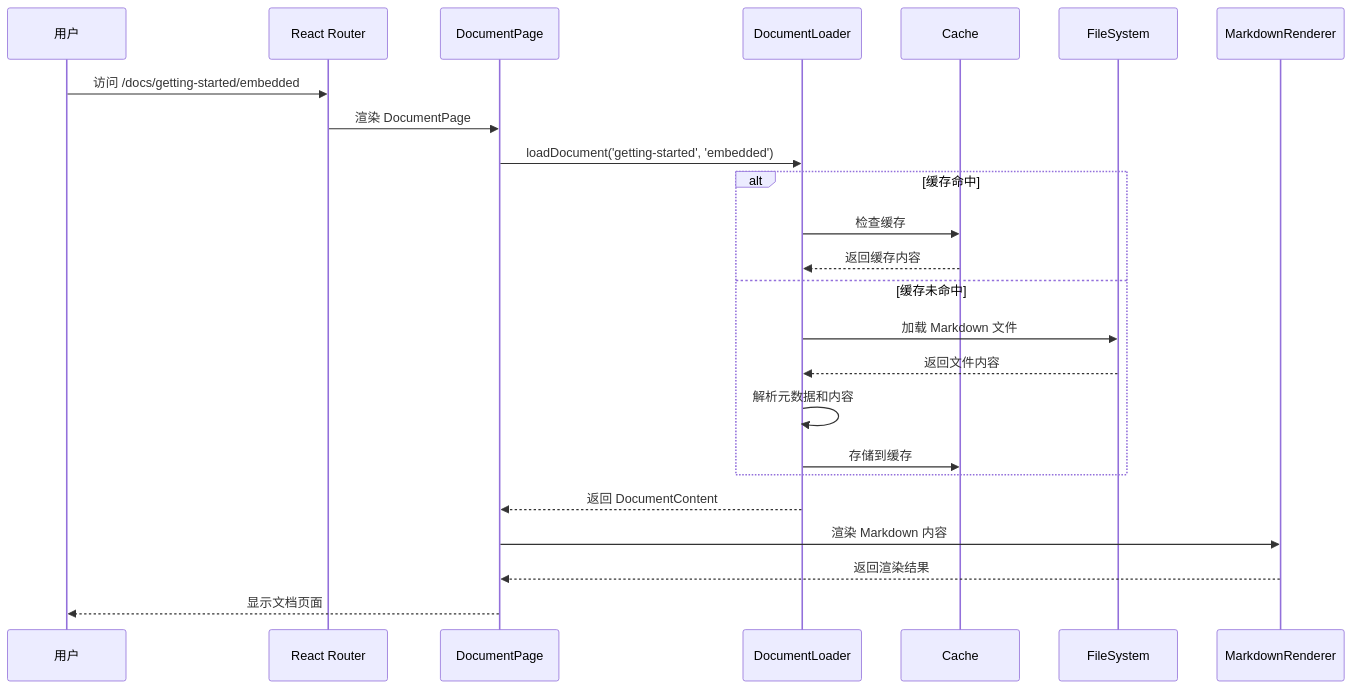
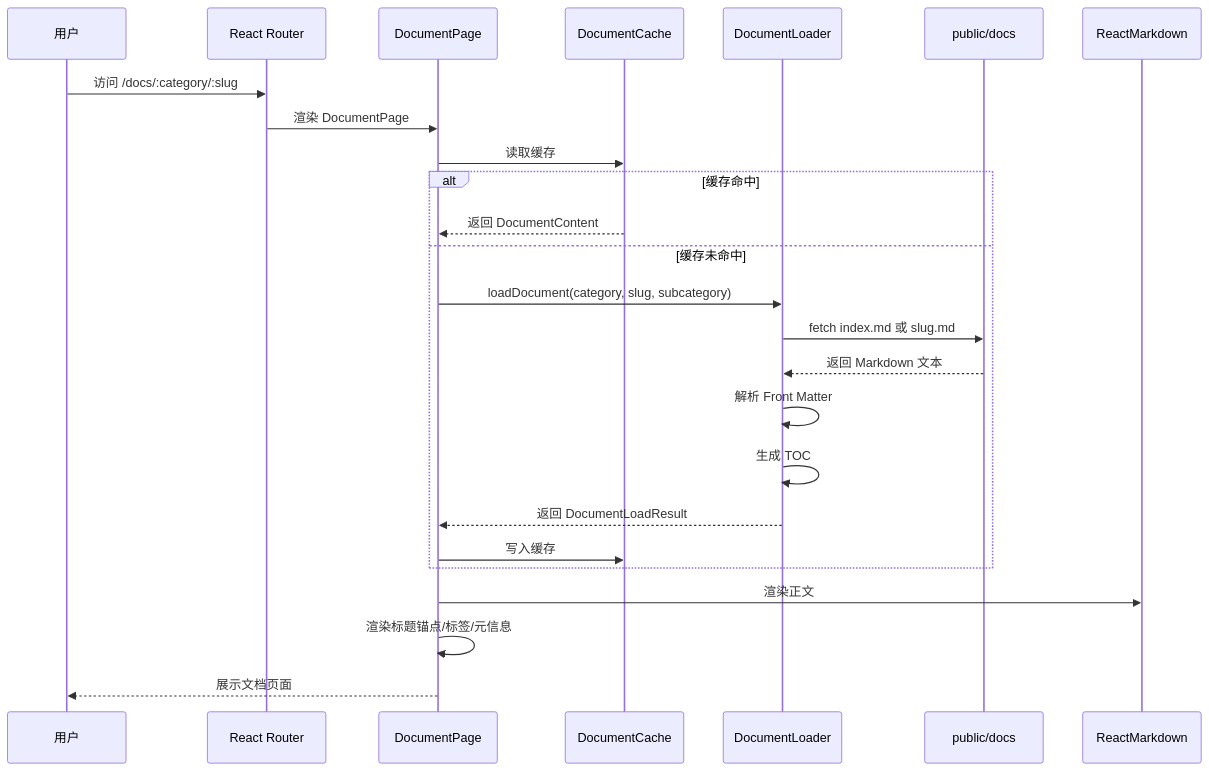
Before and after one commit to necc-hub/new_energy_coder_club: the fourth of 6 diagrams in .trae/documents/DESIGN_markdown_docs_repository.md, drawn with Mermaid. The commit also changed other lines of this file and 31 other files, not shown here.

````diff
--- a/.trae/documents/DESIGN_markdown_docs_repository.md
+++ b/.trae/documents/DESIGN_markdown_docs_repository.md
@@ -268,29 +381,30 @@
 ```mermaid
 sequenceDiagram
     participant U as 用户
     participant R as React Router
     participant DP as DocumentPage
+    participant DC as DocumentCache
     participant DL as DocumentLoader
-    participant C as Cache
-    participant FS as FileSystem
-    participant MR as MarkdownRenderer
-    
-    U->>R: 访问 /docs/getting-started/embedded
+    participant FS as public/docs
+    participant RM as ReactMarkdown
+
+    U->>R: 访问 /docs/:category/:slug
     R->>DP: 渲染 DocumentPage
-    DP->>DL: loadDocument('getting-started', 'embedded')
-    
+    DP->>DC: 读取缓存
+
     alt 缓存命中
-        DL->>C: 检查缓存
-        C-->>DL: 返回缓存内容
+        DC-->>DP: 返回 DocumentContent
     else 缓存未命中
-        DL->>FS: 加载 Markdown 文件
-        FS-->>DL: 返回文件内容
-        DL->>DL: 解析元数据和内容
-        DL->>C: 存储到缓存
+        DP->>DL: loadDocument(category, slug, subcategory)
+        DL->>FS: fetch index.md 或 slug.md
+        FS-->>DL: 返回 Markdown 文本
+        DL->>DL: 解析 Front Matter
+        DL->>DL: 生成 TOC
+        DL-->>DP: 返回 DocumentLoadResult
+        DP->>DC: 写入缓存
     end
-    
-    DL-->>DP: 返回 DocumentContent
-    DP->>MR: 渲染 Markdown 内容
-    MR-->>DP: 返回渲染结果
-    DP-->>U: 显示文档页面
+
+    DP->>RM: 渲染正文
+    DP->>DP: 渲染标题锚点/标签/元信息
+    DP-->>U: 展示文档页面
 ```
````
